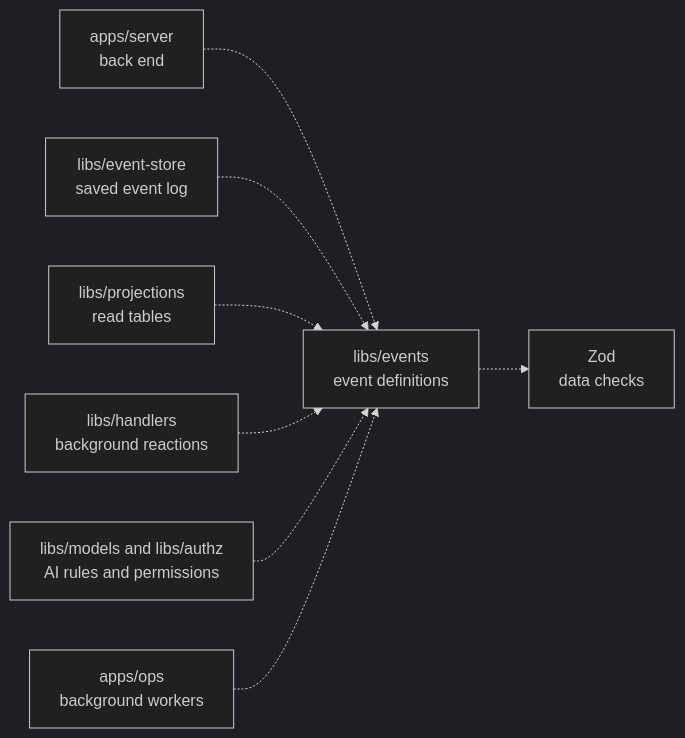
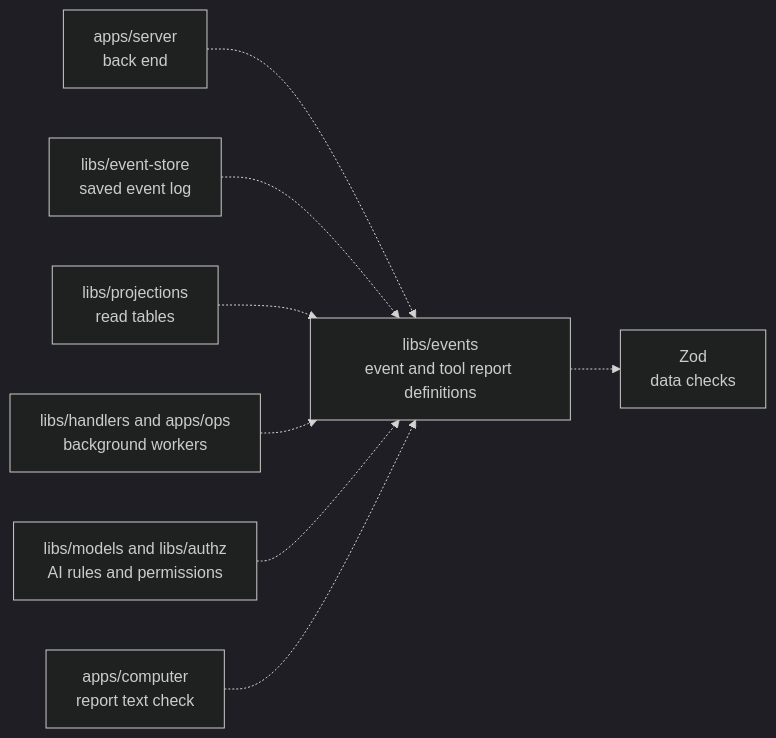
One commit to elewa-git/opencrane-new changed the diagram in libs/events/README.md. Above: the diagram before and after it, drawn with Mermaid (dark theme). The commit also changed other lines of this file and 44 other files, not shown here.

````diff
--- a/libs/events/README.md
+++ b/libs/events/README.md
@@ -22,10 +22,10 @@
 ```mermaid
 flowchart LR
-  server["apps/server<br/>back end"] -.-> events["libs/events<br/>event definitions"]
+  server["apps/server<br/>back end"] -.-> events["libs/events<br/>event and tool report definitions"]
   store["libs/event-store<br/>saved event log"] -.-> events
   projections["libs/projections<br/>read tables"] -.-> events
-  handlers["libs/handlers<br/>background reactions"] -.-> events
+  workers["libs/handlers and apps/ops<br/>background workers"] -.-> events
   others["libs/models and libs/authz<br/>AI rules and permissions"] -.-> events
-  ops["apps/ops<br/>background workers"] -.-> events
+  computer["apps/computer<br/>report text check"] -.-> events
   events -.-> zod["Zod<br/>data checks"]
 ```
````
